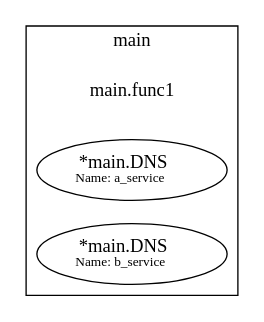
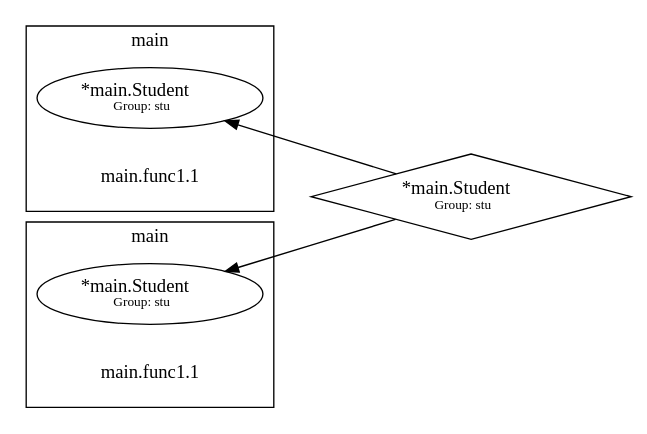
The diagram in ThinkLibrary/dig.dot (yzhlove/GoNewWork), drawn with Graphviz before and after one commit. The commit also changed 3 other files, not shown here.

```diff
--- a/ThinkLibrary/dig.dot
+++ b/ThinkLibrary/dig.dot
@@ -1,16 +1,28 @@
 digraph {
 	rankdir=RL;
 	graph [compound=true];
+	"[type=*main.Student group=stu]" [shape=diamond label=<*main.Student<BR /><FONT POINT-SIZE="10">Group: stu</FONT>>];
+		"[type=*main.Student group=stu]" -> "*main.Student[group=stu]0";
+		"[type=*main.Student group=stu]" -> "*main.Student[group=stu]1";
+		
 	
 		subgraph cluster_0 {
 			label = "main";
-			constructor_0 [shape=plaintext label="main.func1"];
+			constructor_0 [shape=plaintext label="main.func1.1"];
 			
-			"*main.DNS[name=a_service]" [label=<*main.DNS<BR /><FONT POINT-SIZE="10">Name: a_service</FONT>>];
-			"*main.DNS[name=b_service]" [label=<*main.DNS<BR /><FONT POINT-SIZE="10">Name: b_service</FONT>>];
+			"*main.Student[group=stu]0" [label=<*main.Student<BR /><FONT POINT-SIZE="10">Group: stu</FONT>>];
+			
+		}
+		
+		
+		subgraph cluster_1 {
+			label = "main";
+			constructor_1 [shape=plaintext label="main.func1.1"];
+			
+			"*main.Student[group=stu]1" [label=<*main.Student<BR /><FONT POINT-SIZE="10">Group: stu</FONT>>];
 			
 		}
 		
 		
 	
 }
```
